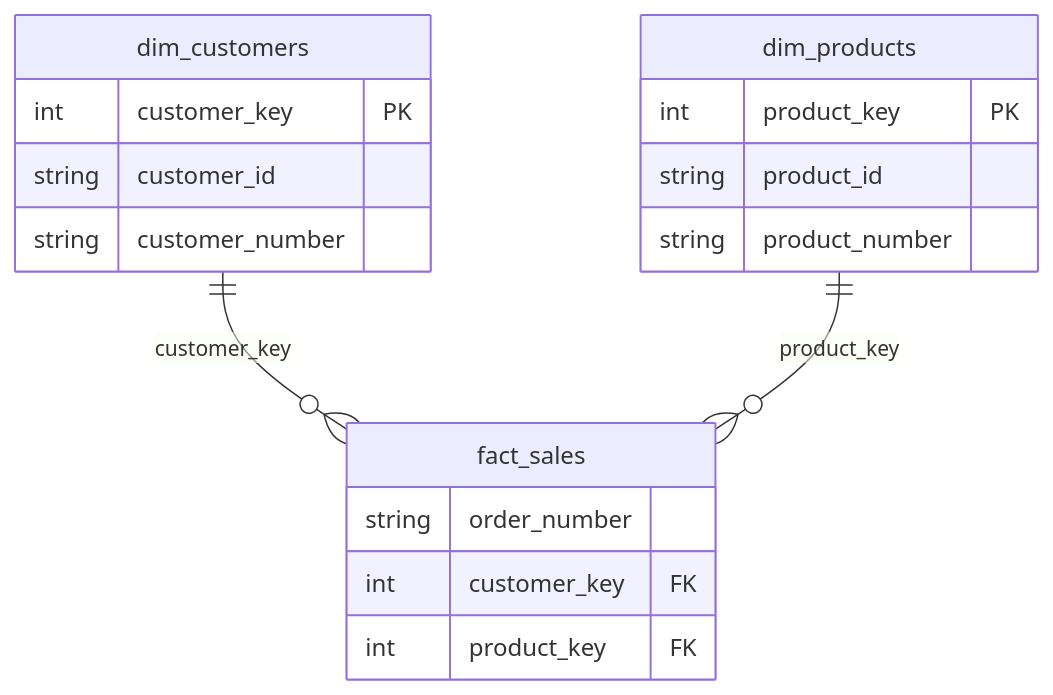
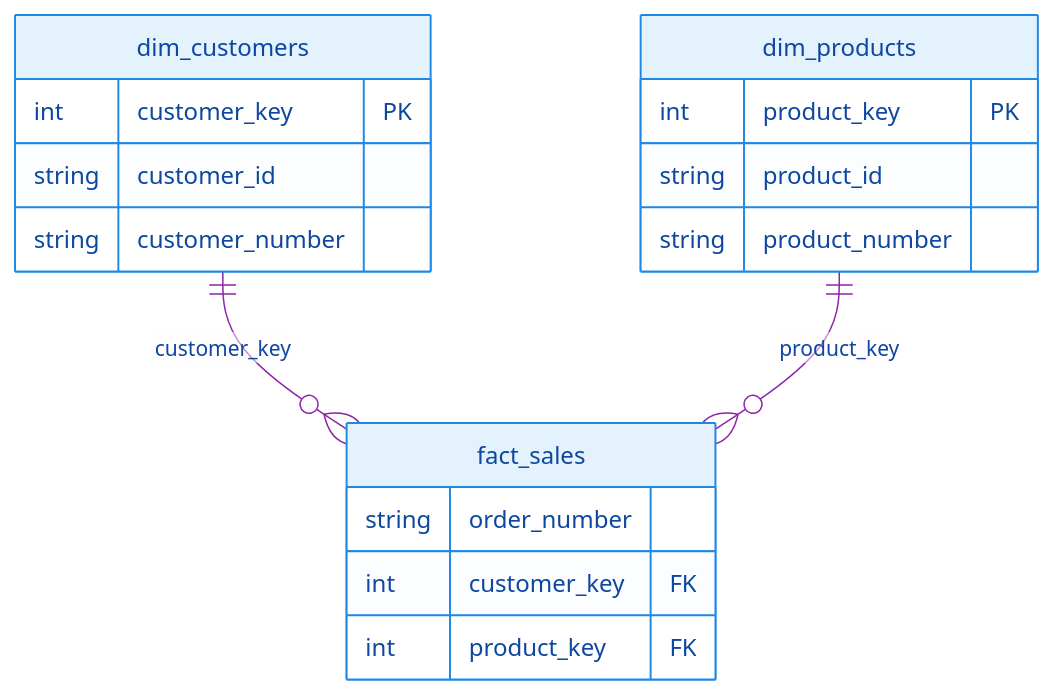
The diagram in README.md (nishasorallikar/databricks-lakehouse-project), drawn with Mermaid before and after one commit. The commit also changed other lines of this file, not shown here.

Commit message:
docs: style Mermaid erDiagram with a premium color theme

````diff
--- a/README.md
+++ b/README.md
@@ -148,23 +148,35 @@
 ```mermaid
+%%{init: {
+  'theme': 'base',
+  'themeVariables': {
+    'primaryColor': '#e3f2fd',
+    'primaryTextColor': '#0d47a1',
+    'primaryBorderColor': '#1e88e5',
+    'lineColor': '#8e24aa',
+    'attributeBackgroundColor': '#ffffff',
+    'attributeTextColor': '#1f2937',
+    'keyColor': '#e53935'
+  }
+}}%%
 erDiagram
     dim_customers ||--o{ fact_sales : "customer_key"
     dim_products ||--o{ fact_sales : "product_key"
 
     dim_customers {
         int customer_key PK
         string customer_id
         string customer_number
     }
 
     dim_products {
         int product_key PK
         string product_id
         string product_number
     }
 
     fact_sales {
         string order_number
         int customer_key FK
         int product_key FK
     }
 ```
````
